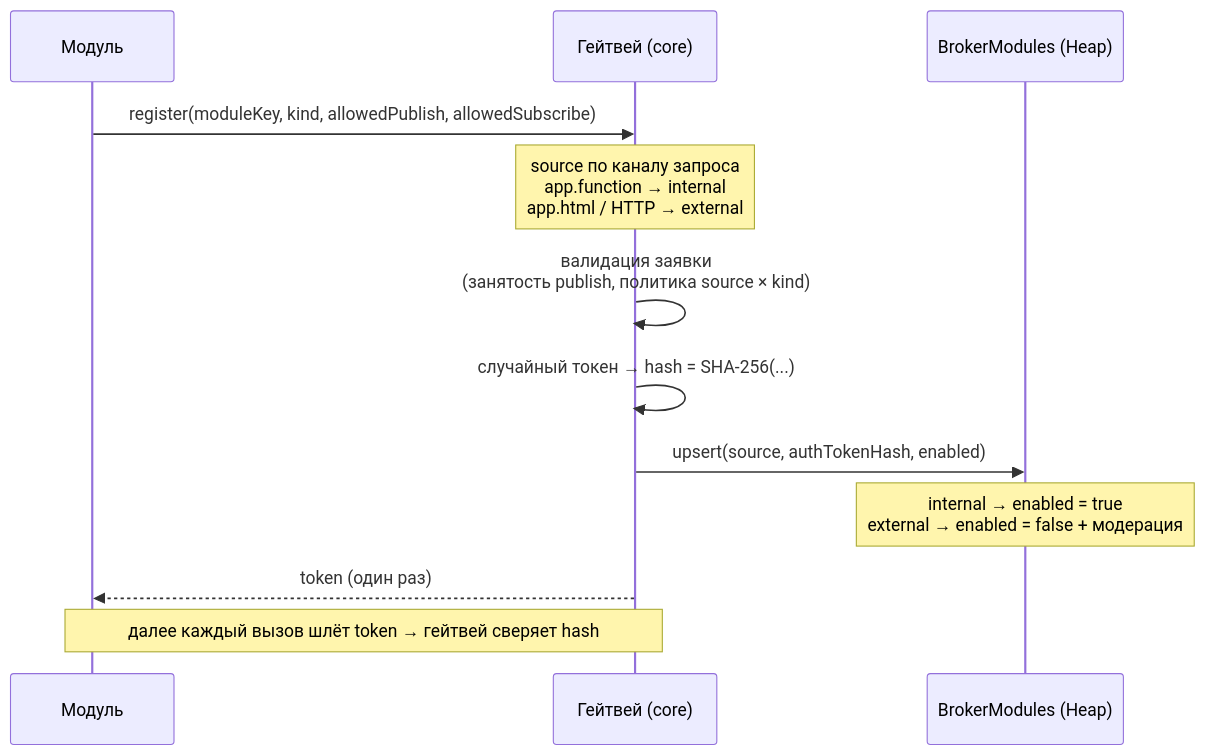
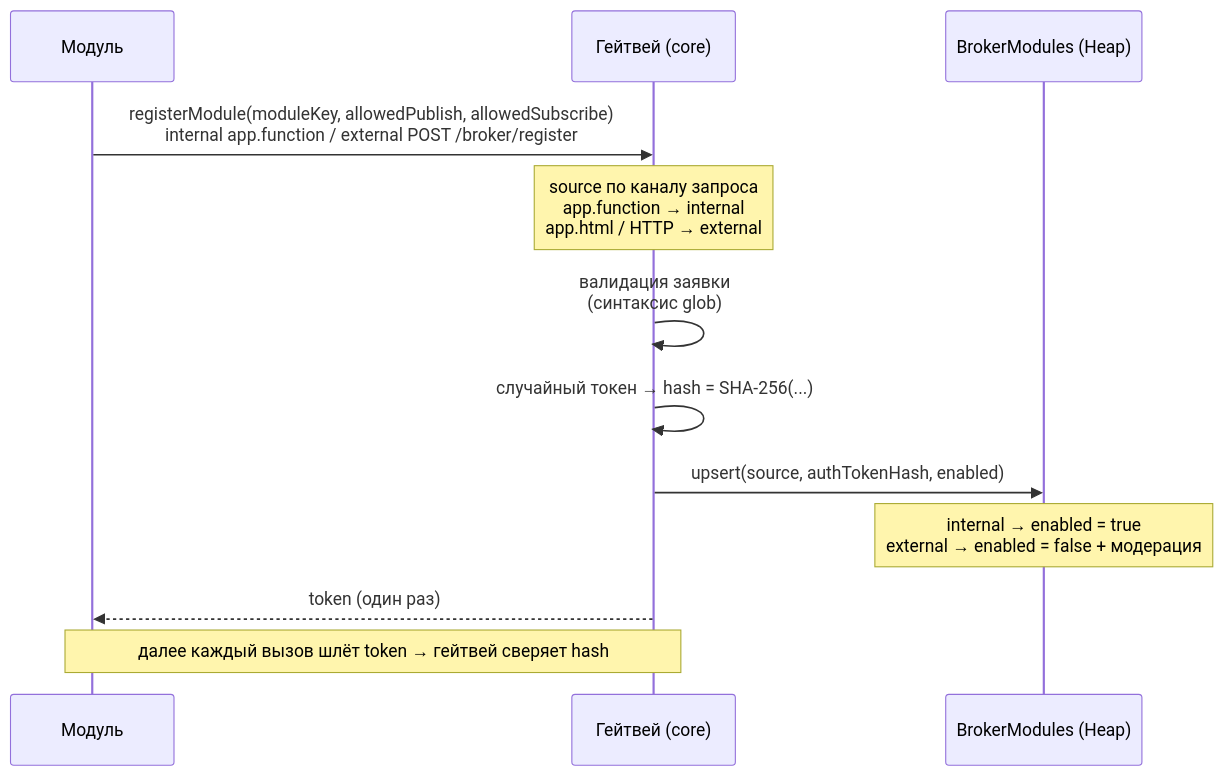
One commit to andrey-khudoley/Chatium changed the fourth of 7 diagrams in s.chtm.khudoley.pro/p/units/aley/bpm/core/docs/spec/spec-map.md. Above: the diagram before and after it, drawn with Mermaid. The commit also changed other lines of this file and 3 other files, not shown here.

````diff
--- a/s.chtm.khudoley.pro/p/units/aley/bpm/core/docs/spec/spec-map.md
+++ b/s.chtm.khudoley.pro/p/units/aley/bpm/core/docs/spec/spec-map.md
@@ -98,15 +98,15 @@
 ```mermaid
 sequenceDiagram
   participant M as Модуль
   participant G as Гейтвей (core)
   participant DB as BrokerModules (Heap)
 
-  M->>G: register(moduleKey, kind, allowedPublish, allowedSubscribe)
+  M->>G: registerModule(moduleKey, allowedPublish, allowedSubscribe)<br/>internal app.function / external POST /broker/register
   Note over G: source по каналу запроса<br/>app.function → internal<br/>app.html / HTTP → external
-  G->>G: валидация заявки<br/>(занятость publish, политика source × kind)
+  G->>G: валидация заявки<br/>(синтаксис glob)
   G->>G: случайный токен → hash = SHA-256(...)
   G->>DB: upsert(source, authTokenHash, enabled)
   Note over DB: internal → enabled = true<br/>external → enabled = false + модерация
   G-->>M: token (один раз)
   Note over M,G: далее каждый вызов шлёт token → гейтвей сверяет hash
 ```
````
